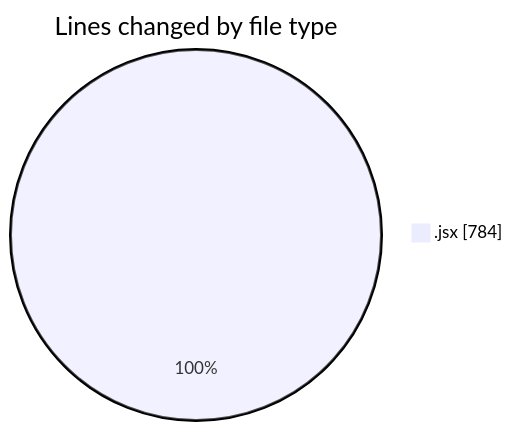
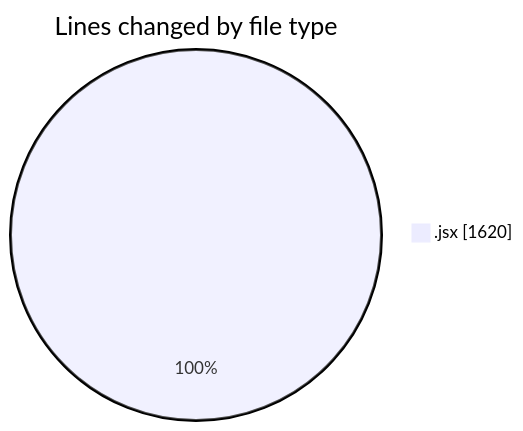
The first of 2 diagrams in 2025-05-15/argos-dev/README.md (nxtqubesakshisongat/code-tracking), drawn with Mermaid before and after one commit. The commit also changed other lines of this file and 1 other file, not shown here.

````diff
--- a/2025-05-15/argos-dev/README.md
+++ b/2025-05-15/argos-dev/README.md
@@ -21,5 +23,5 @@
 ```mermaid
 pie showData
 title Lines changed by file type
-".jsx" : 784
+".jsx" : 1620
 ```
````
